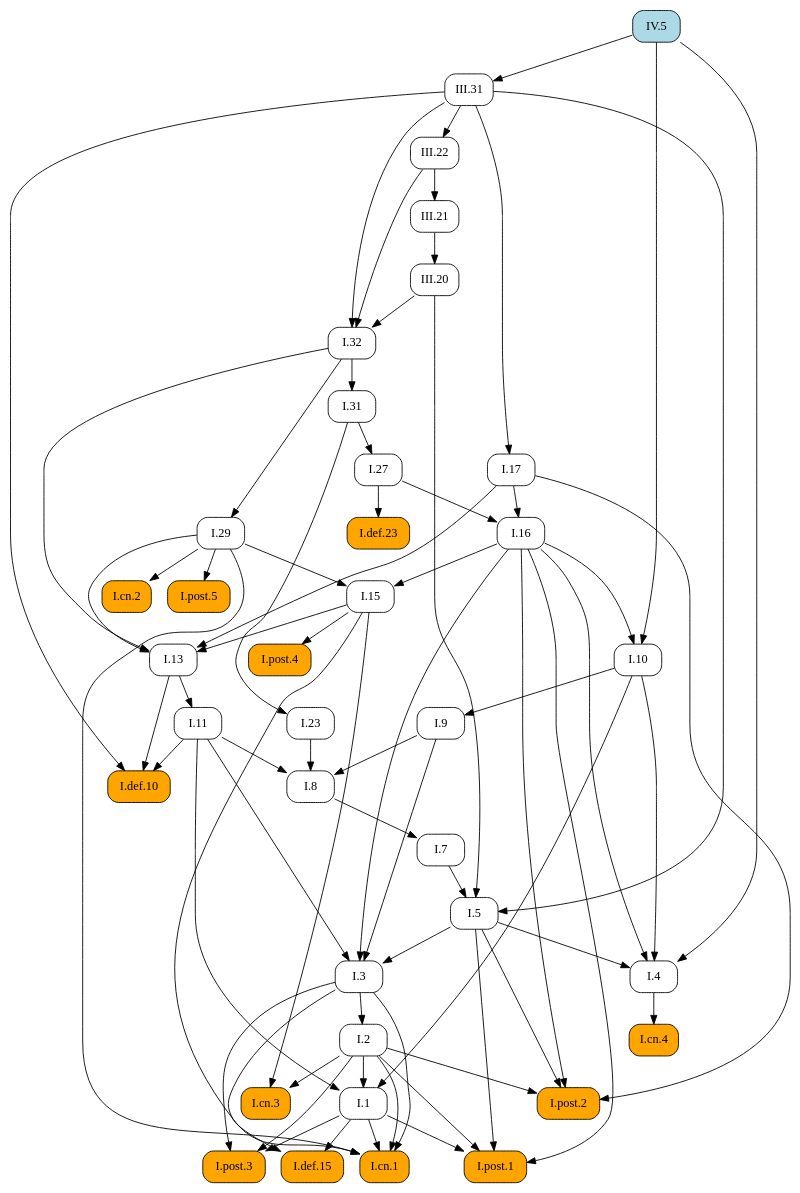
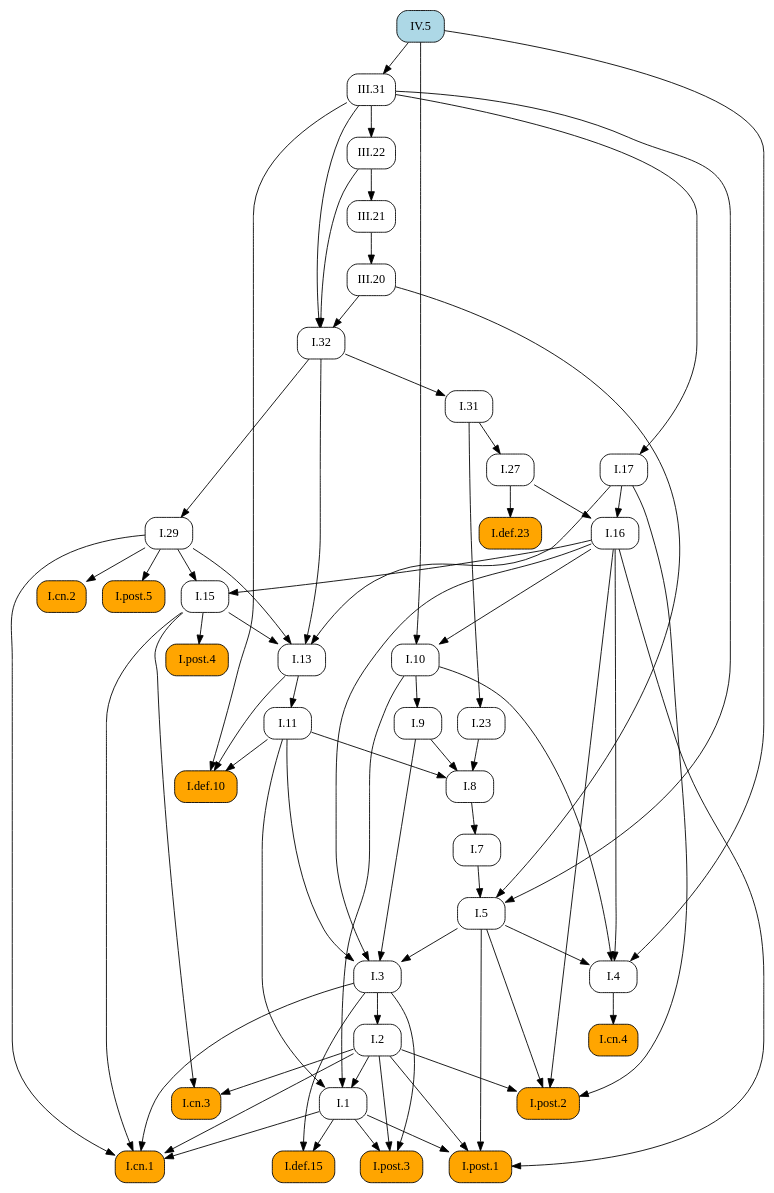
Before and after one commit to geometor/elements: the diagram in docsrc/elements2/IV/5/index.rst, drawn with Graphviz. The commit also changed other lines of this file and 171 other files, not shown here.

```diff
--- a/docsrc/elements2/IV/5/index.rst
+++ b/docsrc/elements2/IV/5/index.rst
@@ -76,111 +76,111 @@
    digraph {
      rankdir="TB";
      node [shape=box, style=rounded];
+     "I.8" [URL="/elements2/I/8/", target="_top"];
+     "I.32" [URL="/elements2/I/32/", target="_top"];
+     "IV.5" [style="rounded,filled", fillcolor=lightblue, URL="/elements2/IV/5/", target="_top"];
+     "I.post.1" [style="rounded,filled", fillcolor=orange, URL="/elements2/I/post.1/", target="_top"];
+     "I.5" [URL="/elements2/I/5/", target="_top"];
+     "I.post.5" [style="rounded,filled", fillcolor=orange, URL="/elements2/I/post.5/", target="_top"];
      "I.def.10" [style="rounded,filled", fillcolor=orange, URL="/elements2/I/def.10/", target="_top"];
+     "I.cn.2" [style="rounded,filled", fillcolor=orange, URL="/elements2/I/cn.2/", target="_top"];
      "III.22" [URL="/elements2/III/22/", target="_top"];
-     "I.32" [URL="/elements2/I/32/", target="_top"];
+     "I.def.15" [style="rounded,filled", fillcolor=orange, URL="/elements2/I/def.15/", target="_top"];
      "III.31" [URL="/elements2/III/31/", target="_top"];
+     "I.31" [URL="/elements2/I/31/", target="_top"];
+     "I.11" [URL="/elements2/I/11/", target="_top"];
+     "I.3" [URL="/elements2/I/3/", target="_top"];
+     "I.post.2" [style="rounded,filled", fillcolor=orange, URL="/elements2/I/post.2/", target="_top"];
+     "I.def.23" [style="rounded,filled", fillcolor=orange, URL="/elements2/I/def.23/", target="_top"];
+     "I.1" [URL="/elements2/I/1/", target="_top"];
      "I.cn.4" [style="rounded,filled", fillcolor=orange, URL="/elements2/I/cn.4/", target="_top"];
-     "I.def.15" [style="rounded,filled", fillcolor=orange, URL="/elements2/I/def.15/", target="_top"];
+     "I.cn.3" [style="rounded,filled", fillcolor=orange, URL="/elements2/I/cn.3/", target="_top"];
+     "III.21" [URL="/elements2/III/21/", target="_top"];
+     "I.7" [URL="/elements2/I/7/", target="_top"];
+     "I.17" [URL="/elements2/I/17/", target="_top"];
+     "III.20" [URL="/elements2/III/20/", target="_top"];
+     "I.9" [URL="/elements2/I/9/", target="_top"];
+     "I.cn.1" [style="rounded,filled", fillcolor=orange, URL="/elements2/I/cn.1/", target="_top"];
+     "I.29" [URL="/elements2/I/29/", target="_top"];
+     "I.16" [URL="/elements2/I/16/", target="_top"];
+     "I.post.4" [style="rounded,filled", fillcolor=orange, URL="/elements2/I/post.4/", target="_top"];
+     "I.13" [URL="/elements2/I/13/", target="_top"];
+     "I.2" [URL="/elements2/I/2/", target="_top"];
+     "I.27" [URL="/elements2/I/27/", target="_top"];
+     "I.4" [URL="/elements2/I/4/", target="_top"];
+     "I.10" [URL="/elements2/I/10/", target="_top"];
+     "I.15" [URL="/elements2/I/15/", target="_top"];
+     "I.23" [URL="/elements2/I/23/", target="_top"];
      "I.post.3" [style="rounded,filled", fillcolor=orange, URL="/elements2/I/post.3/", target="_top"];
-     "I.27" [URL="/elements2/I/27/", target="_top"];
-     "I.post.2" [style="rounded,filled", fillcolor=orange, URL="/elements2/I/post.2/", target="_top"];
-     "I.13" [URL="/elements2/I/13/", target="_top"];
-     "I.10" [URL="/elements2/I/10/", target="_top"];
-     "I.post.1" [style="rounded,filled", fillcolor=orange, URL="/elements2/I/post.1/", target="_top"];
-     "I.7" [URL="/elements2/I/7/", target="_top"];
-     "I.11" [URL="/elements2/I/11/", target="_top"];
-     "I.4" [URL="/elements2/I/4/", target="_top"];
-     "IV.5" [style="rounded,filled", fillcolor=lightblue, URL="/elements2/IV/5/", target="_top"];
-     "I.16" [URL="/elements2/I/16/", target="_top"];
-     "I.def.23" [style="rounded,filled", fillcolor=orange, URL="/elements2/I/def.23/", target="_top"];
-     "I.9" [URL="/elements2/I/9/", target="_top"];
-     "I.8" [URL="/elements2/I/8/", target="_top"];
-     "I.2" [URL="/elements2/I/2/", target="_top"];
-     "I.15" [URL="/elements2/I/15/", target="_top"];
-     "I.cn.2" [style="rounded,filled", fillcolor=orange, URL="/elements2/I/cn.2/", target="_top"];
-     "III.21" [URL="/elements2/III/21/", target="_top"];
-     "I.post.5" [style="rounded,filled", fillcolor=orange, URL="/elements2/I/post.5/", target="_top"];
-     "I.23" [URL="/elements2/I/23/", target="_top"];
-     "III.20" [URL="/elements2/III/20/", target="_top"];
-     "I.1" [URL="/elements2/I/1/", target="_top"];
-     "I.31" [URL="/elements2/I/31/", target="_top"];
-     "I.post.4" [style="rounded,filled", fillcolor=orange, URL="/elements2/I/post.4/", target="_top"];
-     "I.cn.1" [style="rounded,filled", fillcolor=orange, URL="/elements2/I/cn.1/", target="_top"];
-     "I.3" [URL="/elements2/I/3/", target="_top"];
-     "I.cn.3" [style="rounded,filled", fillcolor=orange, URL="/elements2/I/cn.3/", target="_top"];
-     "I.17" [URL="/elements2/I/17/", target="_top"];
-     "I.29" [URL="/elements2/I/29/", target="_top"];
-     "I.5" [URL="/elements2/I/5/", target="_top"];
+     "I.9" -> "I.8";
+     "I.11" -> "I.8";
+     "I.23" -> "I.8";
+     "III.20" -> "I.32";
+     "III.22" -> "I.32";
+     "III.31" -> "I.32";
+     "I.1" -> "I.post.1";
+     "I.2" -> "I.post.1";
+     "I.5" -> "I.post.1";
+     "I.16" -> "I.post.1";
+     "I.7" -> "I.5";
+     "III.20" -> "I.5";
+     "III.31" -> "I.5";
+     "I.29" -> "I.post.5";
      "I.11" -> "I.def.10";
      "I.13" -> "I.def.10";
      "III.31" -> "I.def.10";
+     "I.29" -> "I.cn.2";
      "III.31" -> "III.22";
-     "III.20" -> "I.32";
-     "III.22" -> "I.32";
-     "III.31" -> "I.32";
-     "IV.5" -> "III.31";
-     "I.4" -> "I.cn.4";
      "I.1" -> "I.def.15";
      "I.3" -> "I.def.15";
-     "I.1" -> "I.post.3";
-     "I.2" -> "I.post.3";
-     "I.3" -> "I.post.3";
-     "I.31" -> "I.27";
+     "IV.5" -> "III.31";
+     "I.32" -> "I.31";
+     "I.13" -> "I.11";
+     "I.5" -> "I.3";
+     "I.9" -> "I.3";
+     "I.11" -> "I.3";
+     "I.16" -> "I.3";
      "I.2" -> "I.post.2";
      "I.5" -> "I.post.2";
      "I.16" -> "I.post.2";
      "I.17" -> "I.post.2";
-     "I.15" -> "I.13";
-     "I.17" -> "I.13";
-     "I.29" -> "I.13";
-     "I.32" -> "I.13";
-     "I.16" -> "I.10";
-     "IV.5" -> "I.10";
-     "I.1" -> "I.post.1";
-     "I.2" -> "I.post.1";
-     "I.5" -> "I.post.1";
-     "I.16" -> "I.post.1";
-     "I.8" -> "I.7";
-     "I.13" -> "I.11";
-     "I.5" -> "I.4";
-     "I.10" -> "I.4";
-     "I.16" -> "I.4";
-     "IV.5" -> "I.4";
-     "I.17" -> "I.16";
-     "I.27" -> "I.16";
      "I.27" -> "I.def.23";
-     "I.10" -> "I.9";
-     "I.9" -> "I.8";
-     "I.11" -> "I.8";
-     "I.23" -> "I.8";
-     "I.3" -> "I.2";
-     "I.16" -> "I.15";
-     "I.29" -> "I.15";
-     "I.29" -> "I.cn.2";
-     "III.22" -> "III.21";
-     "I.29" -> "I.post.5";
-     "I.31" -> "I.23";
-     "III.21" -> "III.20";
      "I.2" -> "I.1";
      "I.10" -> "I.1";
      "I.11" -> "I.1";
-     "I.32" -> "I.31";
-     "I.15" -> "I.post.4";
+     "I.4" -> "I.cn.4";
+     "I.2" -> "I.cn.3";
+     "I.15" -> "I.cn.3";
+     "III.22" -> "III.21";
+     "I.8" -> "I.7";
+     "III.31" -> "I.17";
+     "III.21" -> "III.20";
+     "I.10" -> "I.9";
      "I.1" -> "I.cn.1";
      "I.2" -> "I.cn.1";
      "I.3" -> "I.cn.1";
      "I.15" -> "I.cn.1";
      "I.29" -> "I.cn.1";
-     "I.5" -> "I.3";
-     "I.9" -> "I.3";
-     "I.11" -> "I.3";
-     "I.16" -> "I.3";
-     "I.2" -> "I.cn.3";
-     "I.15" -> "I.cn.3";
-     "III.31" -> "I.17";
      "I.32" -> "I.29";
-     "I.7" -> "I.5";
-     "III.20" -> "I.5";
-     "III.31" -> "I.5";
+     "I.17" -> "I.16";
+     "I.27" -> "I.16";
+     "I.15" -> "I.post.4";
+     "I.15" -> "I.13";
+     "I.17" -> "I.13";
+     "I.29" -> "I.13";
+     "I.32" -> "I.13";
+     "I.3" -> "I.2";
+     "I.31" -> "I.27";
+     "I.5" -> "I.4";
+     "I.10" -> "I.4";
+     "I.16" -> "I.4";
+     "IV.5" -> "I.4";
+     "I.16" -> "I.10";
+     "IV.5" -> "I.10";
+     "I.16" -> "I.15";
+     "I.29" -> "I.15";
+     "I.31" -> "I.23";
+     "I.1" -> "I.post.3";
+     "I.2" -> "I.post.3";
+     "I.3" -> "I.post.3";
    }
```
